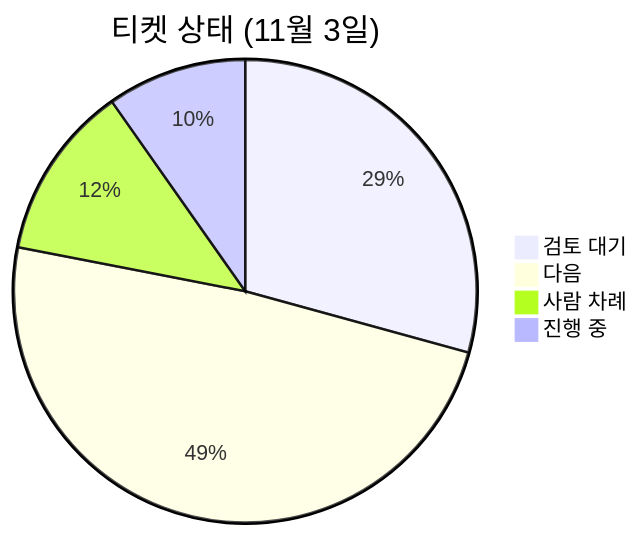
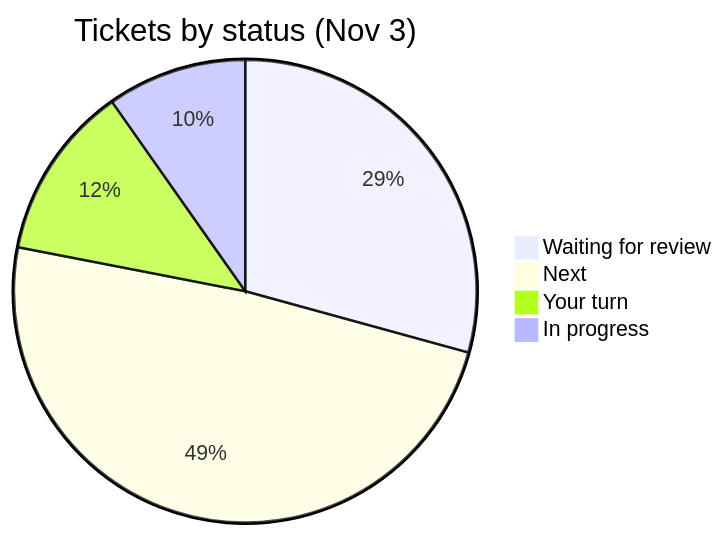
One commit to equipe-labs/equipe changed the diagram in design/visuals/mermaid/examples/pie.mmd. Above: the diagram before and after it, drawn with Mermaid. The commit also changed 105 other files, not shown here.

```diff
--- a/design/visuals/mermaid/examples/pie.mmd
+++ b/design/visuals/mermaid/examples/pie.mmd
@@ -1,5 +1,5 @@
-pie title 티켓 상태 (11월 3일)
-  "검토 대기" : 12
-  "다음" : 20
-  "사람 차례" : 5
-  "진행 중" : 4
+pie title Tickets by status (Nov 3)
+  "Waiting for review" : 12
+  "Next" : 20
+  "Your turn" : 5
+  "In progress" : 4
```
